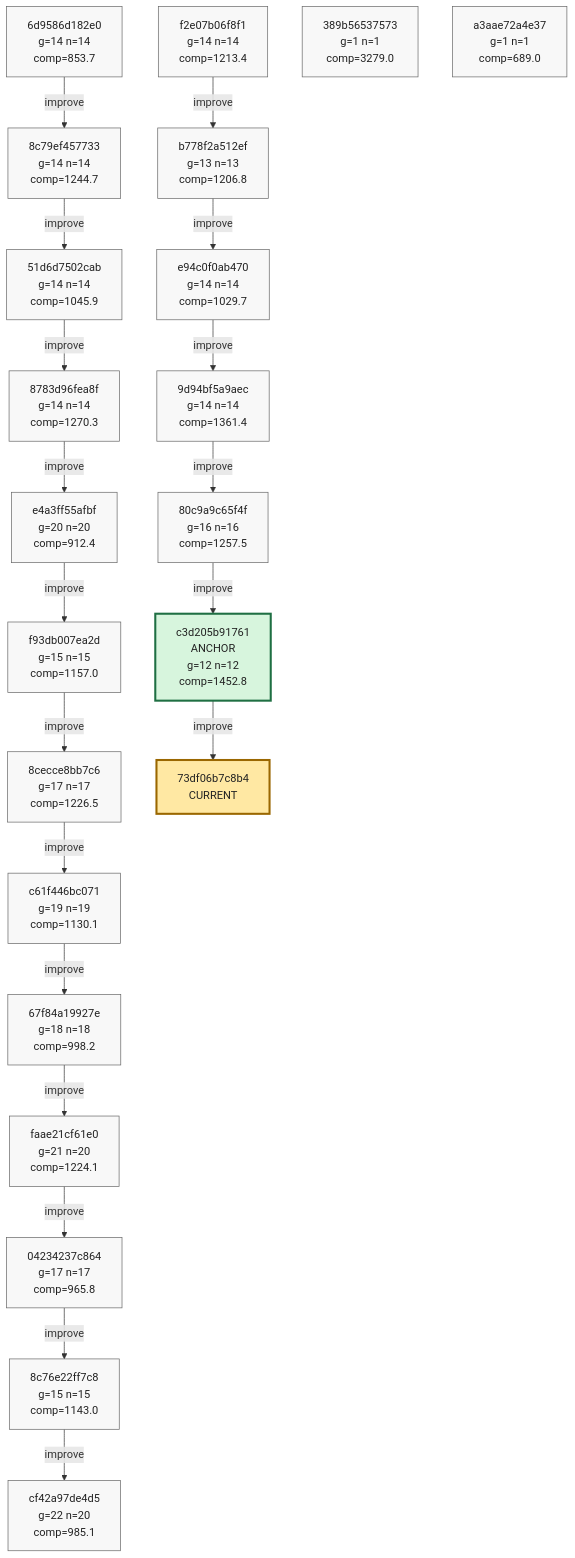
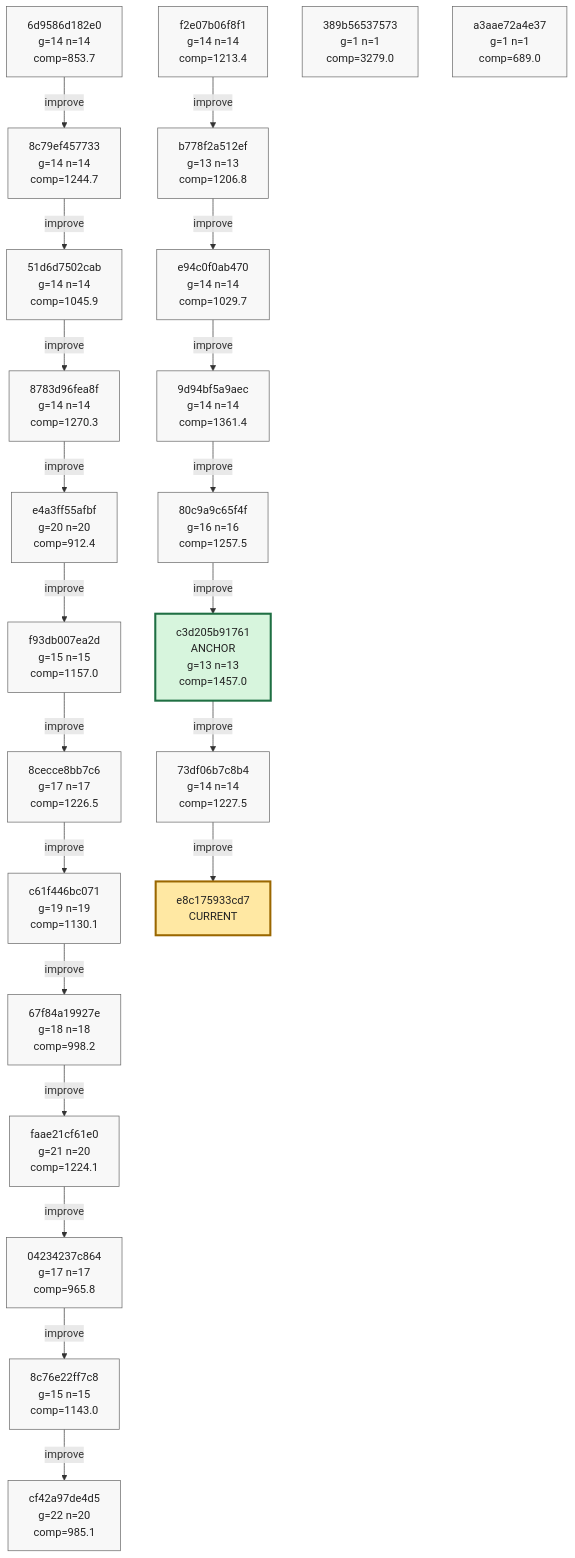
Before and after one commit to azumag/soviet_now: the eighth of 8 diagrams in phyrogenetic-tree.md, drawn with Mermaid. The commit also changed other lines of this file and 2 other files, not shown here.

Commit message:
eloop Improve after 12 games (scores: 1933 1572 1440 1270 927 1237 1627 1004 1021 1470 1357 1173)

````diff
--- a/phyrogenetic-tree.md
+++ b/phyrogenetic-tree.md
@@ -1910,72 +1909,75 @@
 ```mermaid
 flowchart TD
     h_6d9586d182e0["6d9586d182e0<br/>g=14 n=14<br/>comp=853.7"]
     h_8c79ef457733["8c79ef457733<br/>g=14 n=14<br/>comp=1244.7"]
     h_51d6d7502cab["51d6d7502cab<br/>g=14 n=14<br/>comp=1045.9"]
     h_8783d96fea8f["8783d96fea8f<br/>g=14 n=14<br/>comp=1270.3"]
     h_e4a3ff55afbf["e4a3ff55afbf<br/>g=20 n=20<br/>comp=912.4"]
     h_f93db007ea2d["f93db007ea2d<br/>g=15 n=15<br/>comp=1157.0"]
     h_8cecce8bb7c6["8cecce8bb7c6<br/>g=17 n=17<br/>comp=1226.5"]
     h_c61f446bc071["c61f446bc071<br/>g=19 n=19<br/>comp=1130.1"]
     h_67f84a19927e["67f84a19927e<br/>g=18 n=18<br/>comp=998.2"]
     h_faae21cf61e0["faae21cf61e0<br/>g=21 n=20<br/>comp=1224.1"]
     h_04234237c864["04234237c864<br/>g=17 n=17<br/>comp=965.8"]
     h_8c76e22ff7c8["8c76e22ff7c8<br/>g=15 n=15<br/>comp=1143.0"]
     h_cf42a97de4d5["cf42a97de4d5<br/>g=22 n=20<br/>comp=985.1"]
     h_f2e07b06f8f1["f2e07b06f8f1<br/>g=14 n=14<br/>comp=1213.4"]
     h_b778f2a512ef["b778f2a512ef<br/>g=13 n=13<br/>comp=1206.8"]
     h_e94c0f0ab470["e94c0f0ab470<br/>g=14 n=14<br/>comp=1029.7"]
     h_9d94bf5a9aec["9d94bf5a9aec<br/>g=14 n=14<br/>comp=1361.4"]
     h_80c9a9c65f4f["80c9a9c65f4f<br/>g=16 n=16<br/>comp=1257.5"]
-    h_c3d205b91761["c3d205b91761<br/>ANCHOR<br/>g=12 n=12<br/>comp=1452.8"]
+    h_c3d205b91761["c3d205b91761<br/>ANCHOR<br/>g=13 n=13<br/>comp=1457.0"]
+    h_73df06b7c8b4["73df06b7c8b4<br/>g=14 n=14<br/>comp=1227.5"]
     h_389b56537573["389b56537573<br/>g=1 n=1<br/>comp=3279.0"]
     h_a3aae72a4e37["a3aae72a4e37<br/>g=1 n=1<br/>comp=689.0"]
-    h_73df06b7c8b4["73df06b7c8b4<br/>CURRENT"]
+    h_e8c175933cd7["e8c175933cd7<br/>CURRENT"]
 
     h_6d9586d182e0 -->|improve| h_8c79ef457733
     h_8c79ef457733 -->|improve| h_51d6d7502cab
     h_51d6d7502cab -->|improve| h_8783d96fea8f
     h_8783d96fea8f -->|improve| h_e4a3ff55afbf
     h_e4a3ff55afbf -->|improve| h_f93db007ea2d
     h_f93db007ea2d -->|improve| h_8cecce8bb7c6
     h_8cecce8bb7c6 -->|improve| h_c61f446bc071
     h_c61f446bc071 -->|improve| h_67f84a19927e
     h_67f84a19927e -->|improve| h_faae21cf61e0
     h_faae21cf61e0 -->|improve| h_04234237c864
     h_04234237c864 -->|improve| h_8c76e22ff7c8
     h_8c76e22ff7c8 -->|improve| h_cf42a97de4d5
     h_f2e07b06f8f1 -->|improve| h_b778f2a512ef
     h_b778f2a512ef -->|improve| h_e94c0f0ab470
     h_e94c0f0ab470 -->|improve| h_9d94bf5a9aec
     h_9d94bf5a9aec -->|improve| h_80c9a9c65f4f
     h_80c9a9c65f4f -->|improve| h_c3d205b91761
     h_c3d205b91761 -->|improve| h_73df06b7c8b4
+    h_73df06b7c8b4 -->|improve| h_e8c175933cd7
 
     classDef plain fill:#f8f8f8,stroke:#666,stroke-width:1px,color:#222;
     classDef current fill:#ffe8a3,stroke:#9a6700,stroke-width:3px,color:#222;
     classDef anchor fill:#d7f5dd,stroke:#1f6f43,stroke-width:3px,color:#222;
     classDef current_anchor fill:#f3e4a8,stroke:#1f6f43,stroke-width:4px,color:#222;
 
     class h_6d9586d182e0 plain;
     class h_8c79ef457733 plain;
     class h_51d6d7502cab plain;
     class h_8783d96fea8f plain;
     class h_e4a3ff55afbf plain;
     class h_f93db007ea2d plain;
     class h_8cecce8bb7c6 plain;
     class h_c61f446bc071 plain;
     class h_67f84a19927e plain;
     class h_faae21cf61e0 plain;
     class h_04234237c864 plain;
     class h_8c76e22ff7c8 plain;
     class h_cf42a97de4d5 plain;
     class h_f2e07b06f8f1 plain;
     class h_b778f2a512ef plain;
     class h_e94c0f0ab470 plain;
     class h_9d94bf5a9aec plain;
     class h_80c9a9c65f4f plain;
     class h_c3d205b91761 anchor;
+    class h_73df06b7c8b4 plain;
     class h_389b56537573 plain;
     class h_a3aae72a4e37 plain;
-    class h_73df06b7c8b4 current;
+    class h_e8c175933cd7 current;
 ```
````
